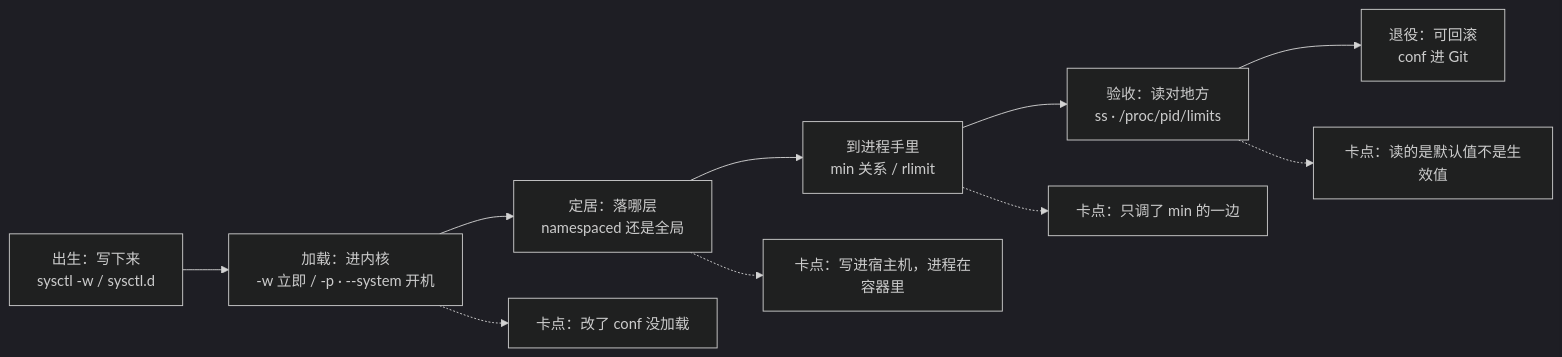
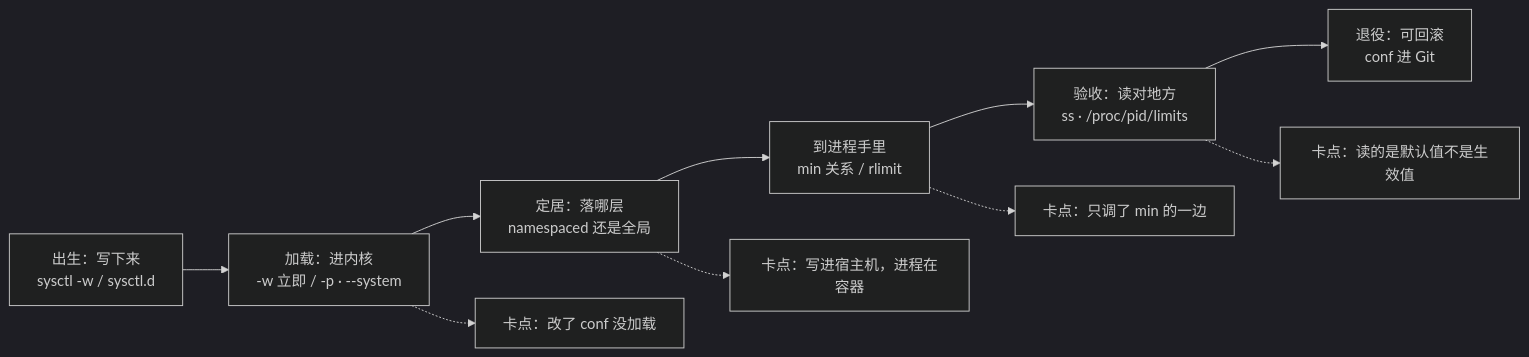
The first of 5 diagrams in 01-基础底座/24-内核参数与sysctl/知识点.md (ml-cuizijun/LearnToLilith), drawn with Mermaid (dark theme) before and after one commit. The commit also changed other lines of this file and 178 other files, not shown here.

````diff
--- a/01-基础底座/24-内核参数与sysctl/知识点.md
+++ b/01-基础底座/24-内核参数与sysctl/知识点.md
@@ -21,12 +14,12 @@
 ```mermaid
 flowchart LR
-    A["出生：写下来<br/>sysctl -w / sysctl.d"] --> B["加载：进内核<br/>-w 立即 / -p · --system 开机"]
+    A["出生：写下来<br/>sysctl -w / sysctl.d"] --> B["加载：进内核<br/>-w 立即 / -p · --system"]
     B --> C["定居：落哪层<br/>namespaced 还是全局"]
     C --> D["到进程手里<br/>min 关系 / rlimit"]
     D --> E["验收：读对地方<br/>ss · /proc/pid/limits"]
     E --> F["退役：可回滚<br/>conf 进 Git"]
     B -.-> F1["卡点：改了 conf 没加载"]
-    C -.-> F2["卡点：写进宿主机，进程在容器里"]
+    C -.-> F2["卡点：写进宿主机，进程在容器"]
     D -.-> F3["卡点：只调了 min 的一边"]
     E -.-> F4["卡点：读的是默认值不是生效值"]
 ```
````
